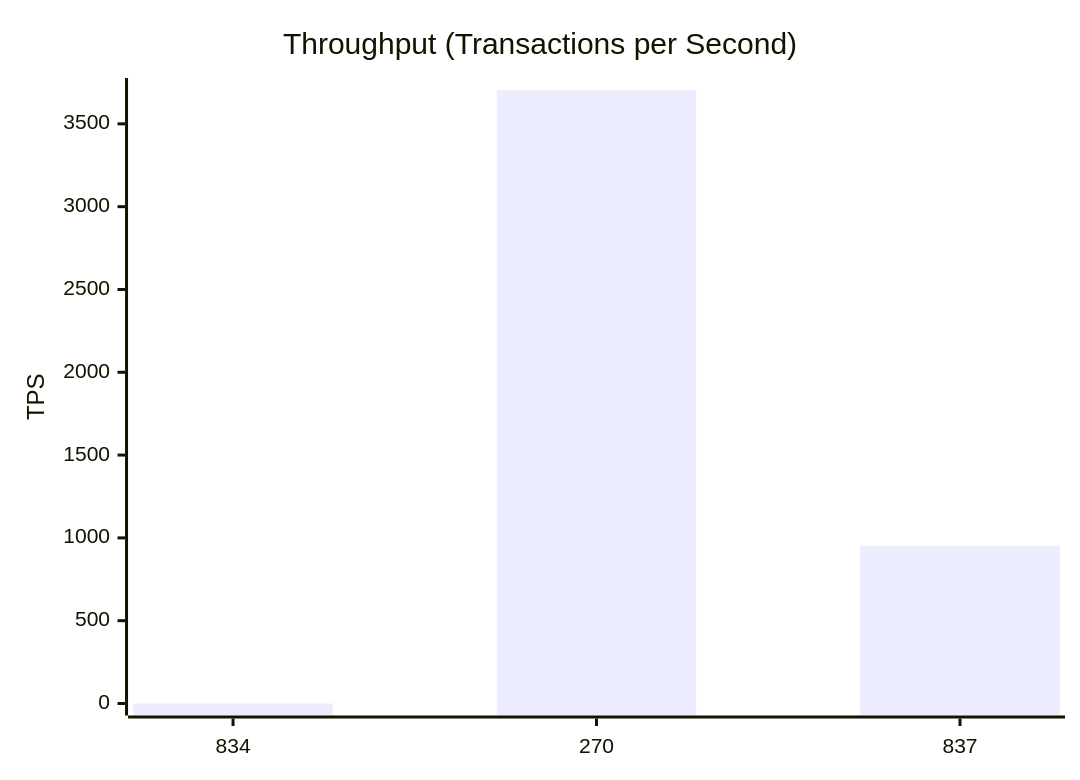
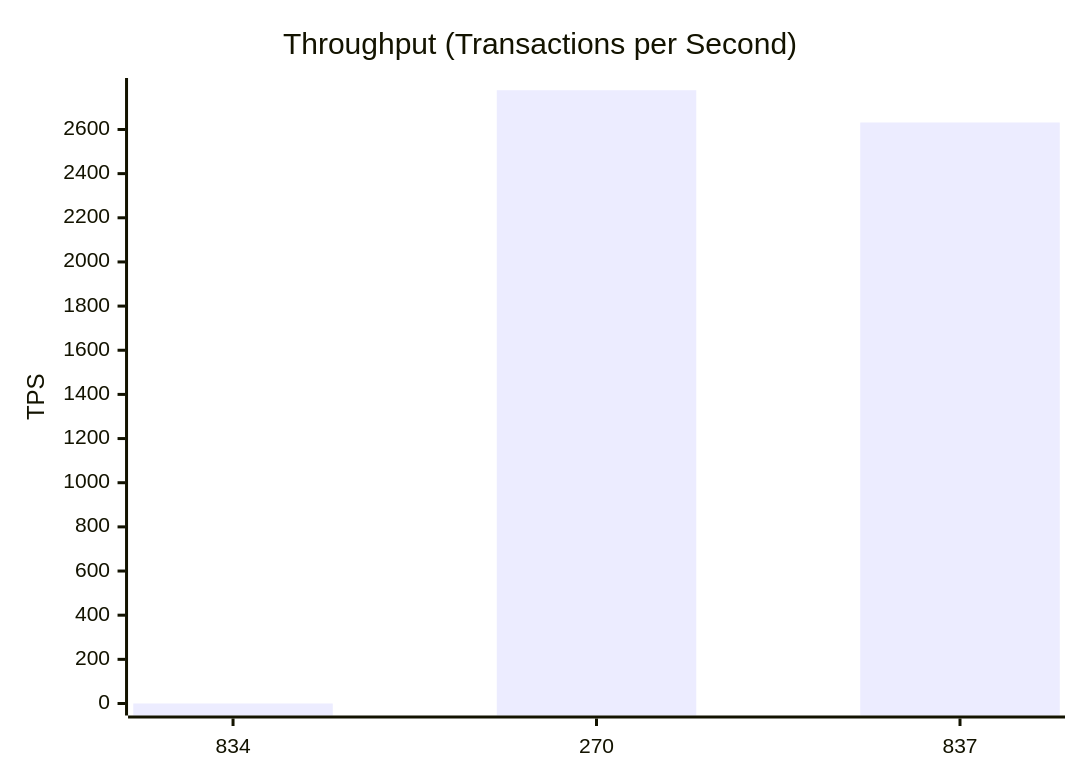
The second of 10 diagrams in test-tools/DataGen/src/Statistics_Visualizer.md (dhagan-va/intern-2025), drawn with Mermaid before and after one commit. The commit also changed other lines of this file and 4 other files, not shown here.

````diff
--- a/test-tools/DataGen/src/Statistics_Visualizer.md
+++ b/test-tools/DataGen/src/Statistics_Visualizer.md
@@ -28,7 +28,7 @@
 ```mermaid
 xychart-beta
     title "Throughput (Transactions per Second)"
     x-axis ["834", "270", "837"]
-    y-axis "TPS" 0 --> 3704.429375601807
-    bar [0.0, 3703.429375601807, 952.3900227621216]
+    y-axis "TPS" 0 --> 2778.777777777778
+    bar [0.0, 2777.777777777778, 2631.6482012684546]
 ```
````
